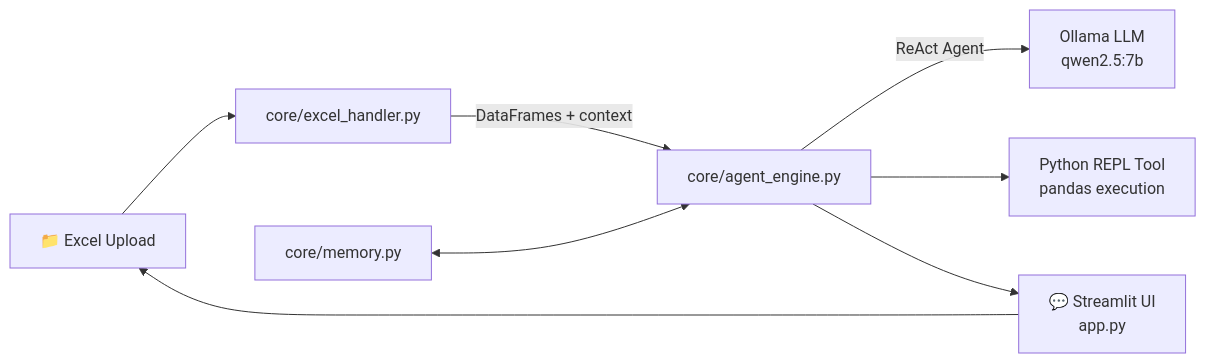
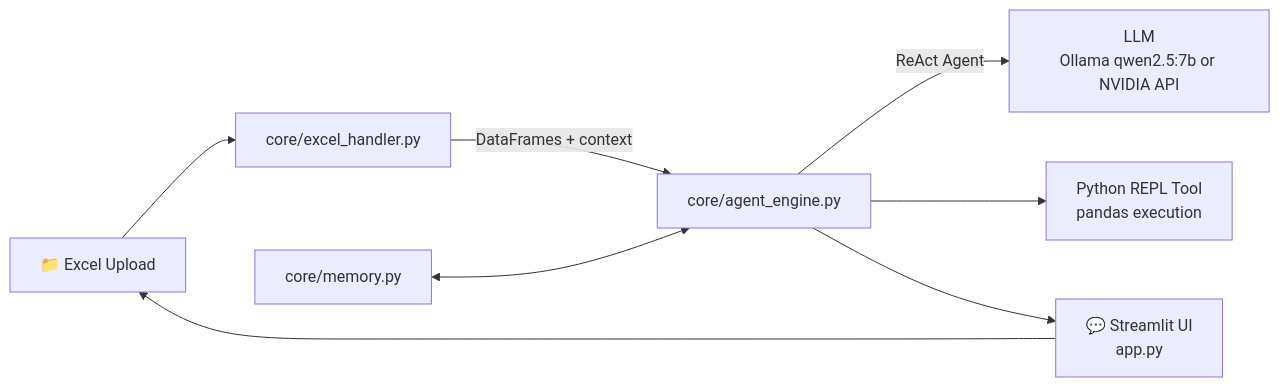
The diagram in README.md (1Sultanz/sales-ai-agent), drawn with Mermaid before and after one commit. The commit also changed other lines of this file and 4 other files, not shown here.

First line of the commit message:
Add optional NVIDIA API backend alongside local Ollama

````diff
--- a/README.md
+++ b/README.md
@@ -49,10 +50,10 @@
 ```mermaid
 flowchart LR
     A[📁 Excel Upload] --> B[core/excel_handler.py]
     B -->|DataFrames + context| C[core/agent_engine.py]
-    C -->|ReAct Agent| D[Ollama LLM<br/>qwen2.5:7b]
+    C -->|ReAct Agent| D[LLM<br/>Ollama qwen2.5:7b or NVIDIA API]
     C --> E[Python REPL Tool<br/>pandas execution]
     F[core/memory.py] <--> C
     C --> G[💬 Streamlit UI<br/>app.py]
     G --> A
 ```
````
